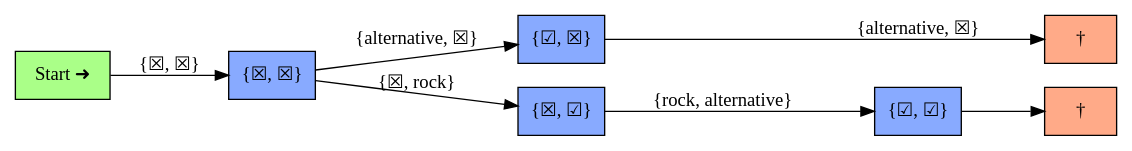
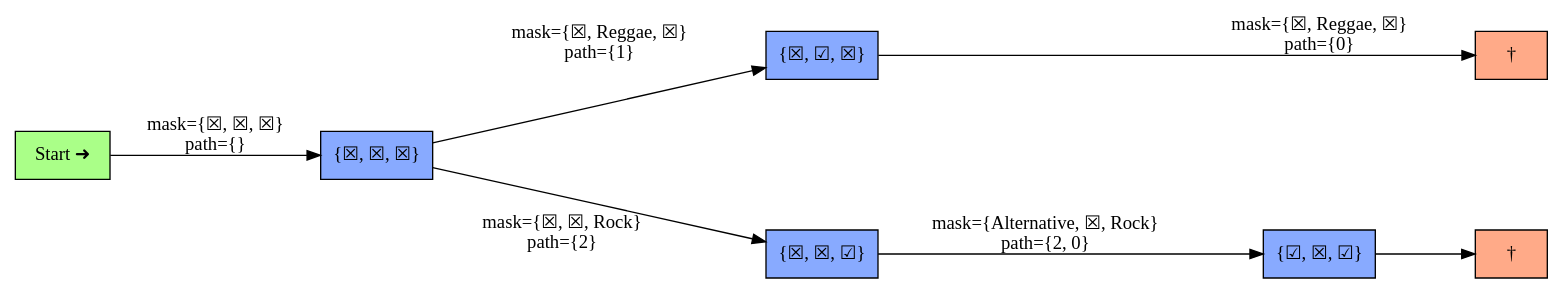
The diagram in rst/5_provider/figs/tree_match_example.dot (sahib/libmunin-thesis), drawn with Graphviz before and after one commit. The commit also changed 17 other files, not shown here.

```diff
--- a/rst/5_provider/figs/tree_match_example.dot
+++ b/rst/5_provider/figs/tree_match_example.dot
@@ -1,26 +1,26 @@
 digraph {
     // size=4; 
     splines=false;
     node [shape=box, style=filled, fillcolor="#88aaff"];
     rankdir="LR";
     
     subgraph {
         rank=same;
-        " †" [fillcolor="#ffaa88"]
+        "†" [fillcolor="#ffaa88"]
         "† " [fillcolor="#ffaa88"]
     }
 
     subgraph {
         rank=same;
-        "{☑, ☒}"
-        "{☒, ☑}"
+        "{☒, ☑, ☒}"
+        "{☒, ☒, ☑}"
     }
     "Start ➜" [fillcolor="#aaff88"]
 
-    "Start ➜" -> "{☒, ☒}" [label=" {☒, ☒}"]
-    "{☒, ☒}" -> "{☑, ☒}" [label="{alternative, ☒}"]
-    "{☒, ☒}" -> "{☒, ☑}" [label=" {☒, rock}"]
-    "{☒, ☑}" -> "{☑, ☑}" [label=" {rock, alternative}"]
-    "{☑, ☒}" -> "† " [label="{alternative, ☒}"]
-    "{☑, ☑}" -> " †"
+    "Start ➜" -> "{☒, ☒, ☒}" [label=" mask={☒, ☒, ☒}\npath={}"]
+    "{☒, ☒, ☒}" -> "{☒, ☑, ☒}" [label="mask={☒, Reggae, ☒}\npath={1}"]
+        "{☒, ☒, ☒}" -> "{☒, ☒, ☑}" [label="\n\n\n\n\n\nmask={☒, ☒, Rock}&nbsp;&nbsp;&nbsp;&nbsp;&nbsp;&nbsp;&nbsp;&nbsp;&nbsp;&nbsp;&nbsp;&nbsp;&nbsp;&nbsp;&nbsp;&nbsp;\npath={2}&nbsp;&nbsp;&nbsp;&nbsp;&nbsp;&nbsp;&nbsp;&nbsp;&nbsp;&nbsp;&nbsp;&nbsp;&nbsp;&nbsp;&nbsp;&nbsp;"]
+    "{☒, ☒, ☑}" -> "{☑, ☒, ☑}" [label=" mask={Alternative, ☒, Rock}\npath={2, 0}"]
+    "{☒, ☑, ☒}" -> "† " [label="mask={☒, Reggae, ☒}\npath={0}"]
+    "{☑, ☒, ☑}" -> "†"
 }
```
